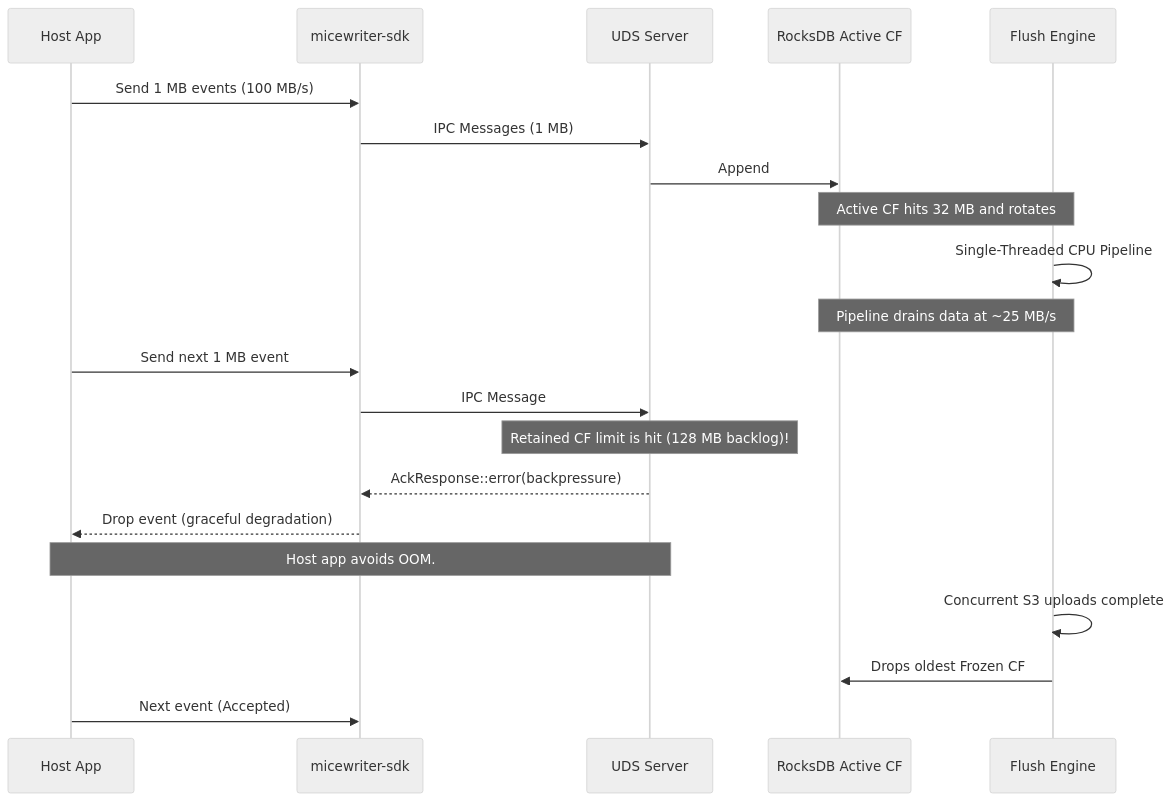
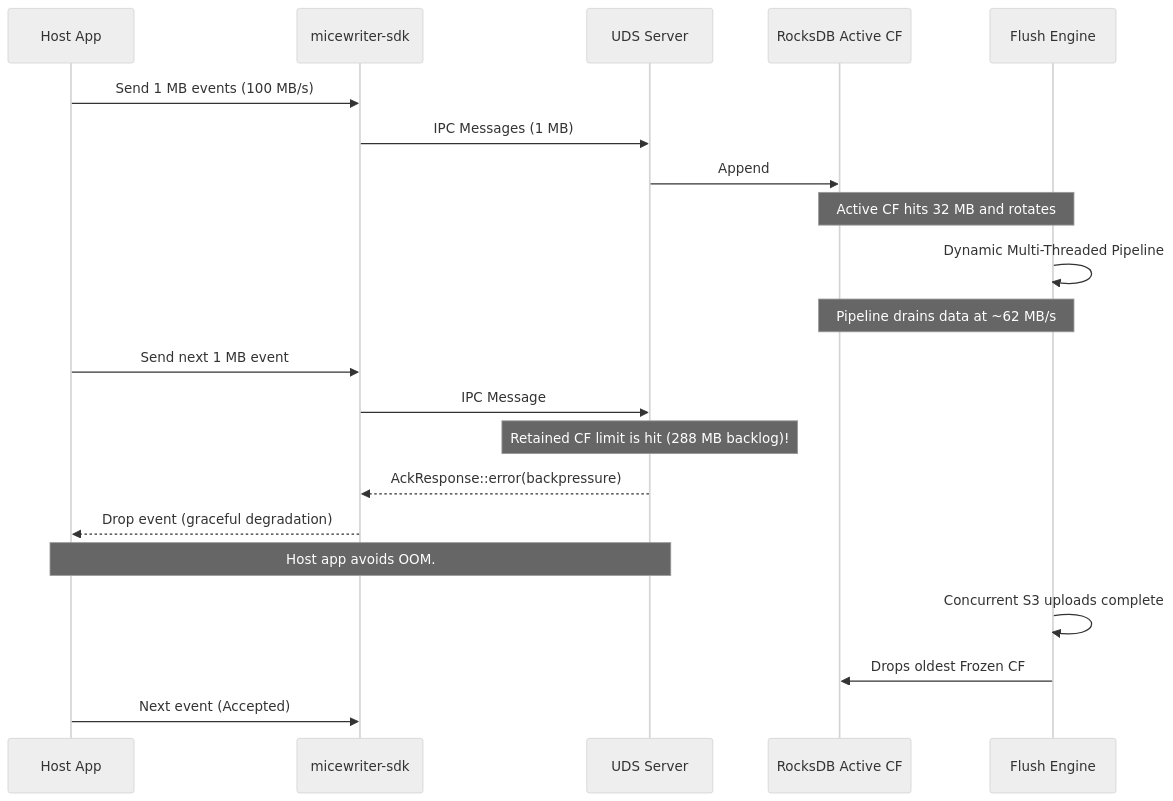
One commit to markovarghese/micewriter-hub changed the second of 2 diagrams in docs/limits-and-backpressure.md. Above: the diagram before and after it, drawn with Mermaid (neutral theme). The commit also changed other lines of this file and 1 other file, not shown here.

Commit message:
docs: Update math and limits to reflect dynamic scaling architecture

````diff
--- a/docs/limits-and-backpressure.md
+++ b/docs/limits-and-backpressure.md
@@ -99,23 +99,23 @@
 ```mermaid
 sequenceDiagram
     participant App as Host App
     participant SDK as micewriter-sdk
     participant UDS as UDS Server
     participant ActiveCF as RocksDB Active CF
     participant Flush as Flush Engine
     App->>SDK: Send 1 MB events (100 MB/s)
     SDK->>UDS: IPC Messages (1 MB)
     UDS->>ActiveCF: Append
     Note over ActiveCF,Flush: Active CF hits 32 MB and rotates
-    Flush->>Flush: Single-Threaded CPU Pipeline
-    Note over ActiveCF,Flush: Pipeline drains data at ~25 MB/s
+    Flush->>Flush: Dynamic Multi-Threaded Pipeline
+    Note over ActiveCF,Flush: Pipeline drains data at ~62 MB/s
     App->>SDK: Send next 1 MB event
     SDK->>UDS: IPC Message
-    Note over UDS: Retained CF limit is hit (128 MB backlog)!
+    Note over UDS: Retained CF limit is hit (288 MB backlog)!
     UDS-->>SDK: AckResponse::error(backpressure)
     SDK-->>App: Drop event (graceful degradation)
     Note over App,UDS: Host app avoids OOM.
     Flush->>Flush: Concurrent S3 uploads complete
     Flush->>ActiveCF: Drops oldest Frozen CF
     App->>SDK: Next event (Accepted)
 ```
````
